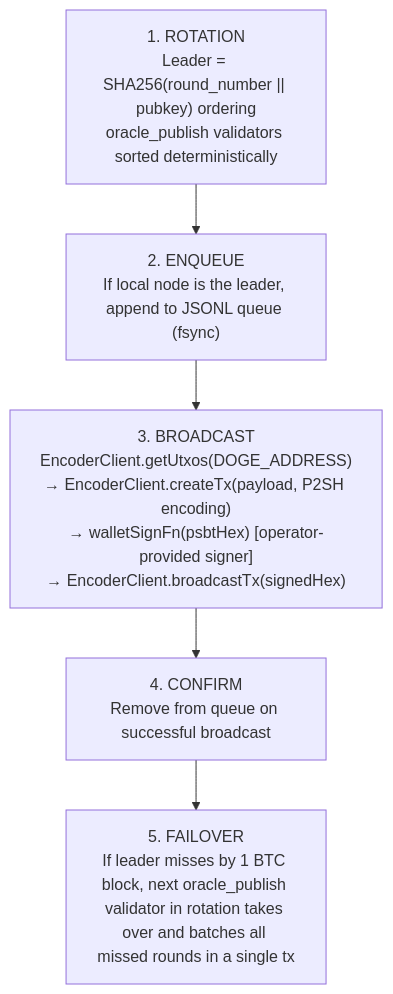
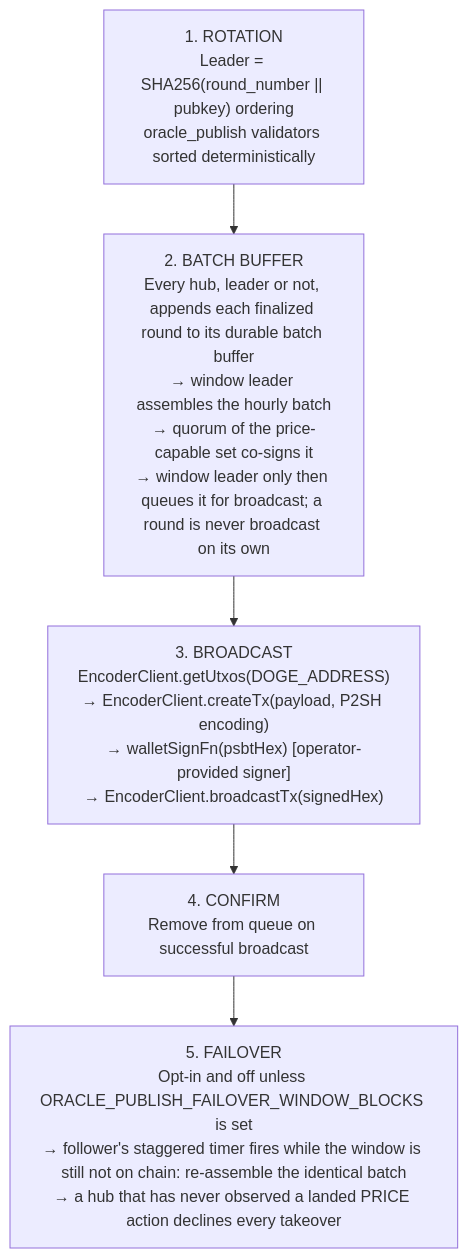
One commit to XChain-Platform/xchain-documentation changed the seventh of 11 diagrams in components/hub/architecture.md. Above: the diagram before and after it, drawn with Mermaid. The commit also changed 1 other file, not shown here.

Commit message:
Document batched oracle publishing
Describe the durable hourly batch flow and its opt-in failover safety conditions. Clarify how per-round database rows share one batch transaction identifier.

````diff
--- a/components/hub/architecture.md
+++ b/components/hub/architecture.md
@@ -343,10 +343,10 @@
 ```mermaid
 flowchart TD
     S1["1. ROTATION<br>Leader = SHA256(round_number || pubkey) ordering<br>oracle_publish validators sorted deterministically"]
-    S2["2. ENQUEUE<br>If local node is the leader, append to JSONL queue (fsync)"]
+    S2["2. BATCH BUFFER<br>Every hub, leader or not, appends each finalized round to its durable batch buffer<br>→ window leader assembles the hourly batch<br>→ quorum of the price-capable set co-signs it<br>→ window leader only then queues it for broadcast; a round is never broadcast on its own"]
     S3["3. BROADCAST<br>EncoderClient.getUtxos(DOGE_ADDRESS)<br>→ EncoderClient.createTx(payload, P2SH encoding)<br>→ walletSignFn(psbtHex) [operator-provided signer]<br>→ EncoderClient.broadcastTx(signedHex)"]
     S4["4. CONFIRM<br>Remove from queue on successful broadcast"]
-    S5["5. FAILOVER<br>If leader misses by 1 BTC block, next oracle_publish validator in rotation takes over and batches all missed rounds in a single tx"]
+    S5["5. FAILOVER<br>Opt-in and off unless ORACLE_PUBLISH_FAILOVER_WINDOW_BLOCKS is set<br>→ follower's staggered timer fires while the window is still not on chain: re-assemble the identical batch<br>→ a hub that has never observed a landed PRICE action declines every takeover"]
 
     S1 --> S2 --> S3 --> S4 --> S5
 ```
````
